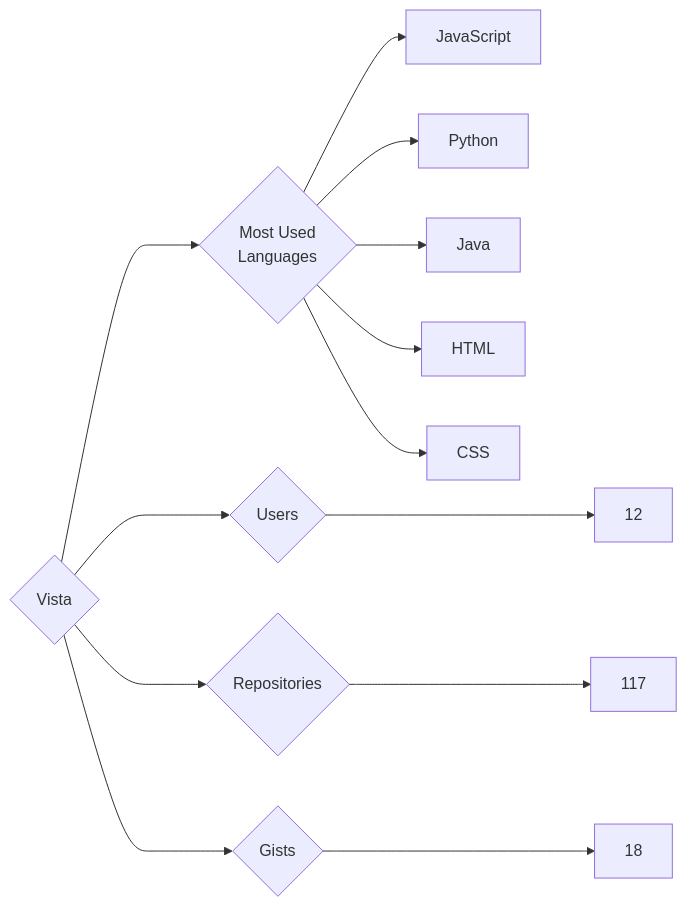
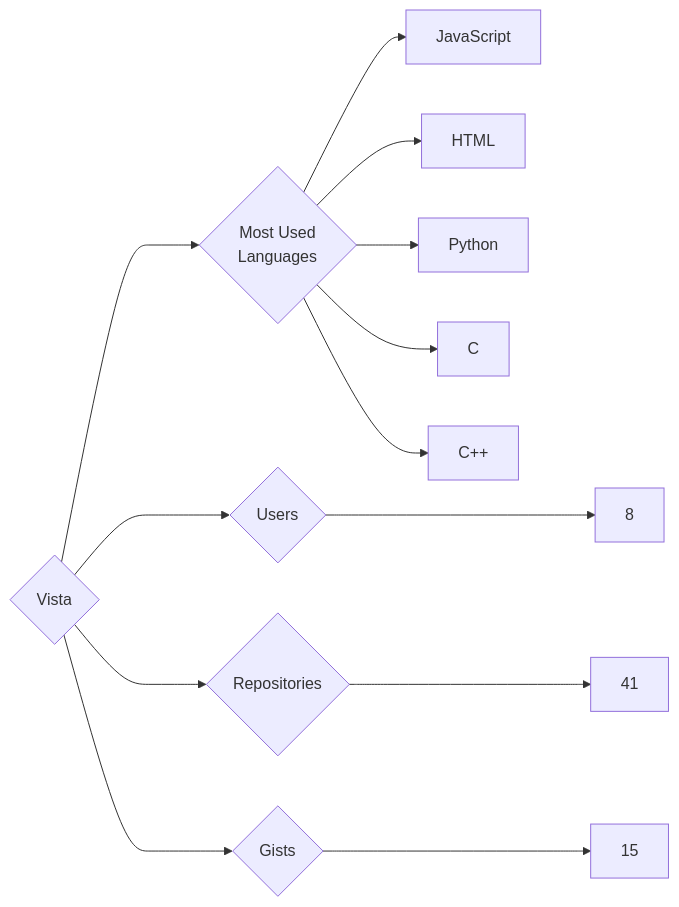
Before and after one commit to trickest/insiders: the diagram in targets/Vista/README.md, drawn with Mermaid. The commit also changed 770 other files, not shown here.

````diff
--- a/targets/Vista/README.md
+++ b/targets/Vista/README.md
@@ -3,13 +3,13 @@
 ```mermaid
 graph LR
 COMPANY_NAME{Vista}
-COMPANY_NAME ---> U{Users} ---> UN[12]
-COMPANY_NAME ---> R{Repositories} ---> RN[117]
-COMPANY_NAME ---> G{Gists} ---> GN[18]
+COMPANY_NAME ---> U{Users} ---> UN[8]
+COMPANY_NAME ---> R{Repositories} ---> RN[41]
+COMPANY_NAME ---> G{Gists} ---> GN[15]
 COMPANY_NAME ---> ML{Most Used<br>Languages}
 ML --> JavaScript[JavaScript]
+ML --> HTML[HTML]
 ML --> Python[Python]
-ML --> Java[Java]
-ML --> HTML[HTML]
-ML --> CSS[CSS]
+ML --> C[C]
+ML --> C++[C++]
 ```
````
